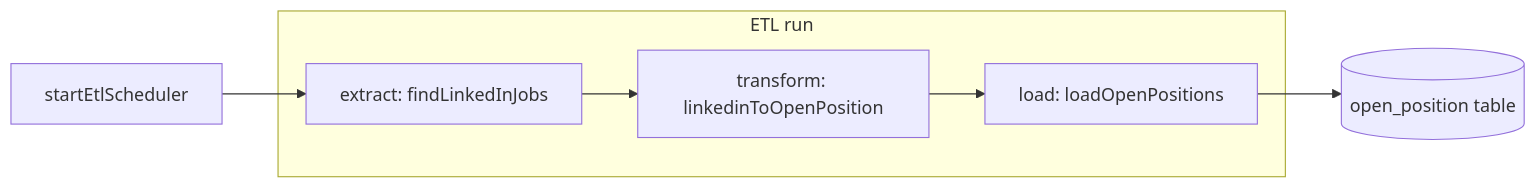
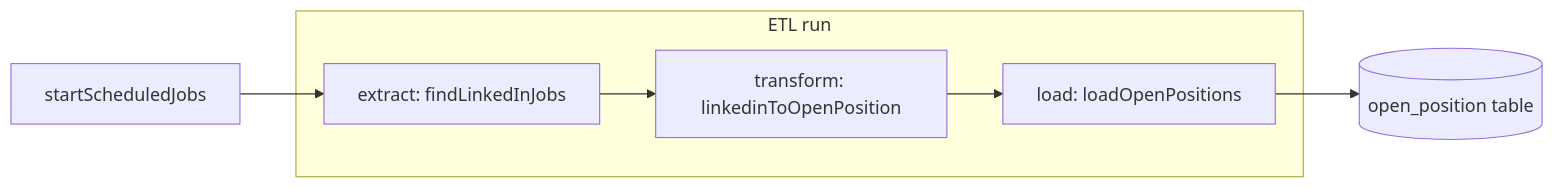
One commit to sorocode-comunidade/swanytello changed the fifth of 7 diagrams in docs/project_structure/project-structure.md. Above: the diagram before and after it, drawn with Mermaid. The commit also changed other lines of this file and 9 other files, not shown here.

Commit message:
added a scheduler to auto send the open positions and run the ETL process every 6hs

````diff
--- a/docs/project_structure/project-structure.md
+++ b/docs/project_structure/project-structure.md
@@ -229,11 +229,11 @@
 ```mermaid
 flowchart LR
   subgraph etl_run [ETL run]
     E_Extract[extract: findLinkedInJobs]
     E_Transform[transform: linkedinToOpenPosition]
     E_Load[load: loadOpenPositions]
     E_Extract --> E_Transform --> E_Load
   end
   E_Load --> DB[(open_position table)]
-  Scheduler[startEtlScheduler] --> E_Extract
+  Scheduler[startScheduledJobs] --> E_Extract
 ```
````
